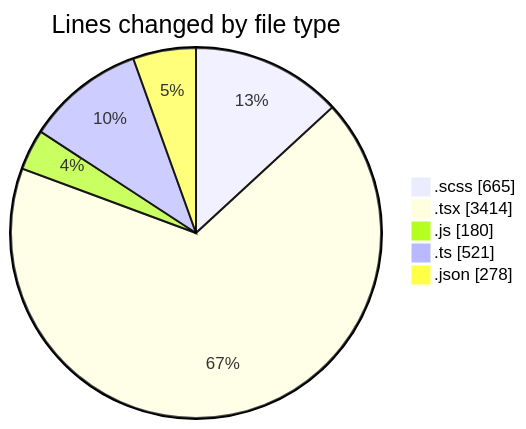
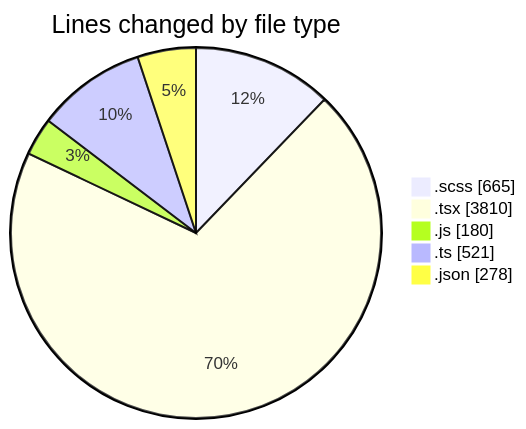
One commit to momahboobian/code-tracking changed the first of 2 diagrams in 2026-08-10/cda/README.md. Above: the diagram before and after it, drawn with Mermaid. The commit also changed other lines of this file and 1 other file, not shown here.

````diff
--- a/2026-08-10/cda/README.md
+++ b/2026-08-10/cda/README.md
@@ -32,9 +32,9 @@
 ```mermaid
 pie showData
 title Lines changed by file type
 ".scss" : 665
-".tsx" : 3414
+".tsx" : 3810
 ".js" : 180
 ".ts" : 521
 ".json" : 278
 ```
````
